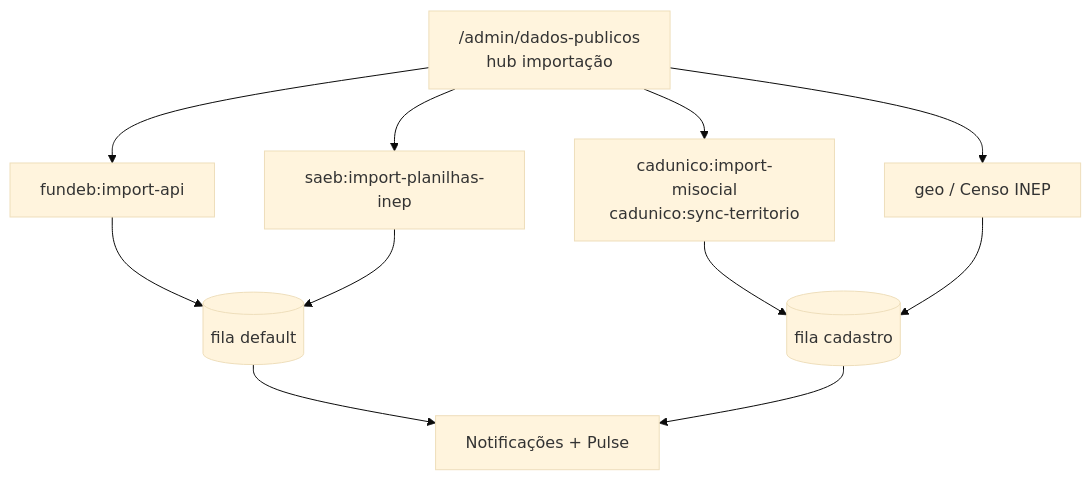
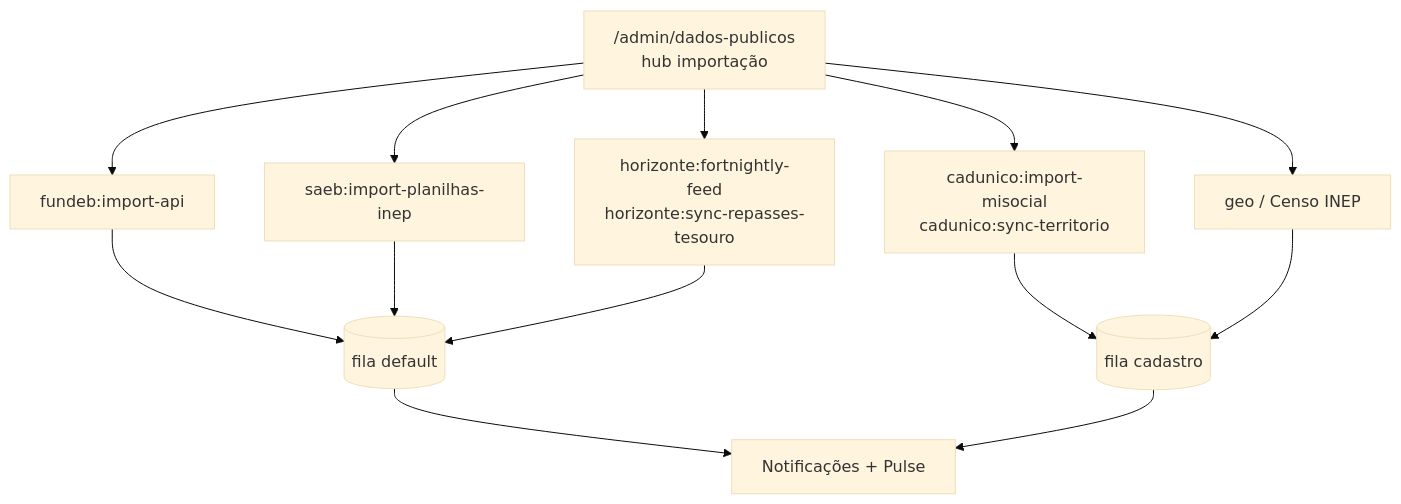
Before and after one commit to JaderGabriel/serventec-servlitcys: the seventh of 9 diagrams in docs/ARQUITETURA_E_FLUXOS.md, drawn with Mermaid (base theme). The commit also changed other lines of this file and 200 other files, not shown here.

````diff
--- a/docs/ARQUITETURA_E_FLUXOS.md
+++ b/docs/ARQUITETURA_E_FLUXOS.md
@@ -235,16 +238,18 @@
 ```mermaid
 flowchart TB
     Hub["/admin/dados-publicos<br/>hub importação"]
     Hub --> FUNDEB[fundeb:import-api]
     Hub --> SAEB[saeb:import-planilhas-inep]
     Hub --> CAD[cadunico:import-misocial<br/>cadunico:sync-territorio]
     Hub --> GEO[geo / Censo INEP]
+    Hub --> HFeed[horizonte:fortnightly-feed<br/>horizonte:sync-repasses-tesouro]
 
     FUNDEB --> Q1[(fila default)]
     SAEB --> Q1
     CAD --> Q2[(fila cadastro)]
     GEO --> Q2
+    HFeed --> Q1
 
     Q1 --> Notif[Notificações + Pulse]
     Q2 --> Notif
 ```
````
